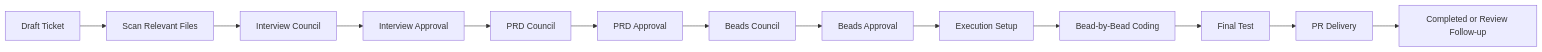
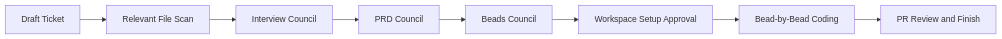
One commit to looptroop-ai/dev---looptroop changed the diagram in README.md. Above: the diagram before and after it, drawn with Mermaid. The commit also changed other lines of this file and 45 other files, not shown here.

First line of the commit message:
feat(docs): add comprehensive ticket flow documentation with detailed phases and user actions

````diff
--- a/README.md
+++ b/README.md
@@ -27,15 +27,10 @@
 ```mermaid
 flowchart LR
-    A[Draft Ticket] --> B[Scan Relevant Files]
+    A[Draft Ticket] --> B[Relevant File Scan]
     B --> C[Interview Council]
-    C --> D[Interview Approval]
-    D --> E[PRD Council]
-    E --> F[PRD Approval]
-    F --> G[Beads Council]
-    G --> H[Beads Approval]
-    H --> I[Execution Setup]
-    I --> J[Bead-by-Bead Coding]
-    J --> K[Final Test]
-    K --> L[PR Delivery]
-    L --> M[Completed or Review Follow-up]
+    C --> D[PRD Council]
+    D --> E[Beads Council]
+    E --> F[Workspace Setup Approval]
+    F --> G[Bead-by-Bead Coding]
+    G --> H[PR Review and Finish]
 ```
````
